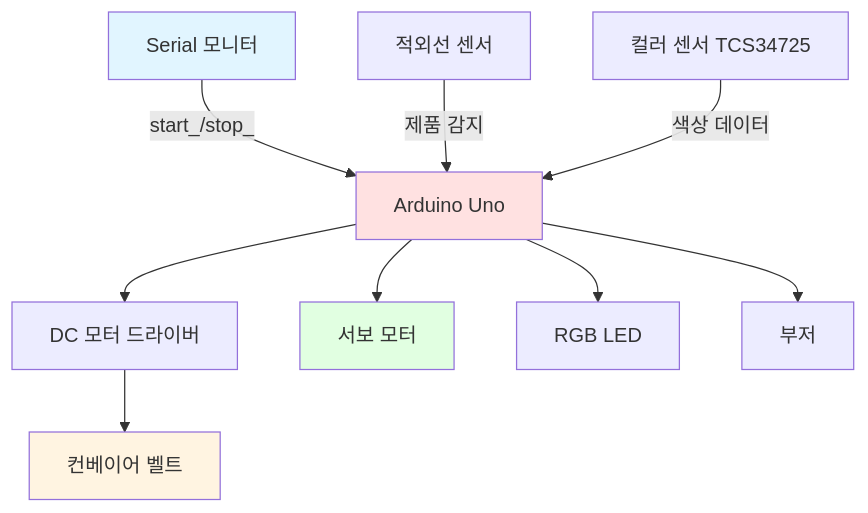
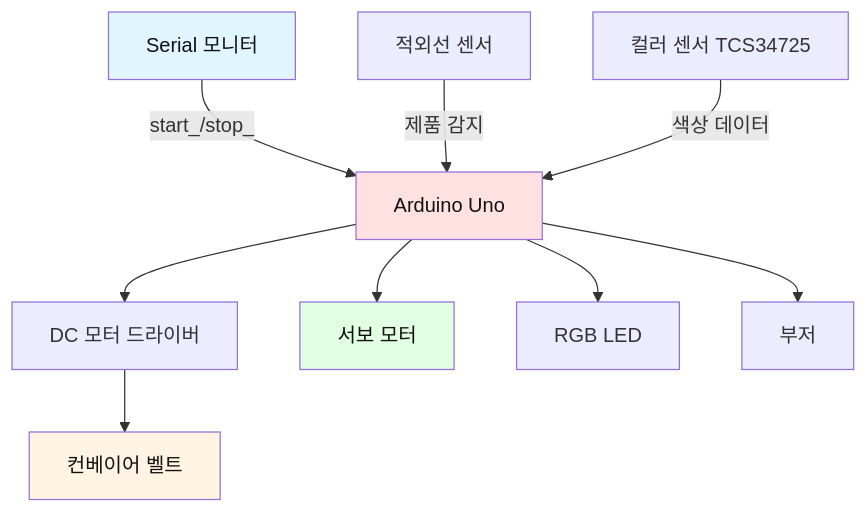
Before and after one commit to Collegenie-X/Smart_Factory_Arms_Project: the first of 16 diagrams in arduino_code/day2_conveyor_system/07_serial_controlled_system/README.md, drawn with Mermaid. The commit also changed other lines of this file and 15 other files, not shown here.

````diff
--- a/arduino_code/day2_conveyor_system/07_serial_controlled_system/README.md
+++ b/arduino_code/day2_conveyor_system/07_serial_controlled_system/README.md
@@ -59,16 +59,16 @@
 ```mermaid
 graph TB
     A[Serial 모니터] -->|start_/stop_| B[Arduino Uno]
     B --> C[DC 모터 드라이버]
     C --> D[컨베이어 벨트]
     E[적외선 센서] -->|제품 감지| B
     F[컬러 센서 TCS34725] -->|색상 데이터| B
     B --> G[서보 모터]
     B --> H[RGB LED]
     B --> I[부저]
     
-    style A fill:#e1f5ff
-    style B fill:#ffe1e1
-    style D fill:#fff4e1
-    style G fill:#e1ffe1
+    style A fill:#e1f5ff,color:#111
+    style B fill:#ffe1e1,color:#111
+    style D fill:#fff4e1,color:#111
+    style G fill:#e1ffe1,color:#111
 ```
````
